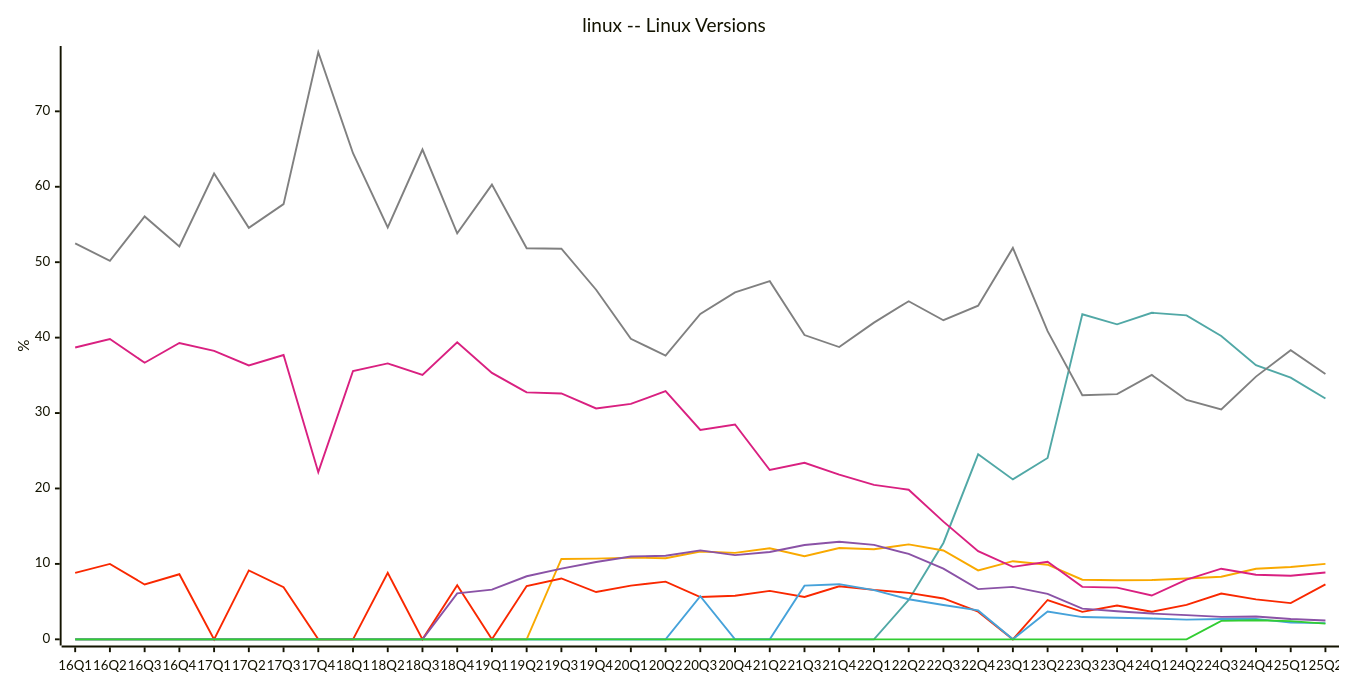
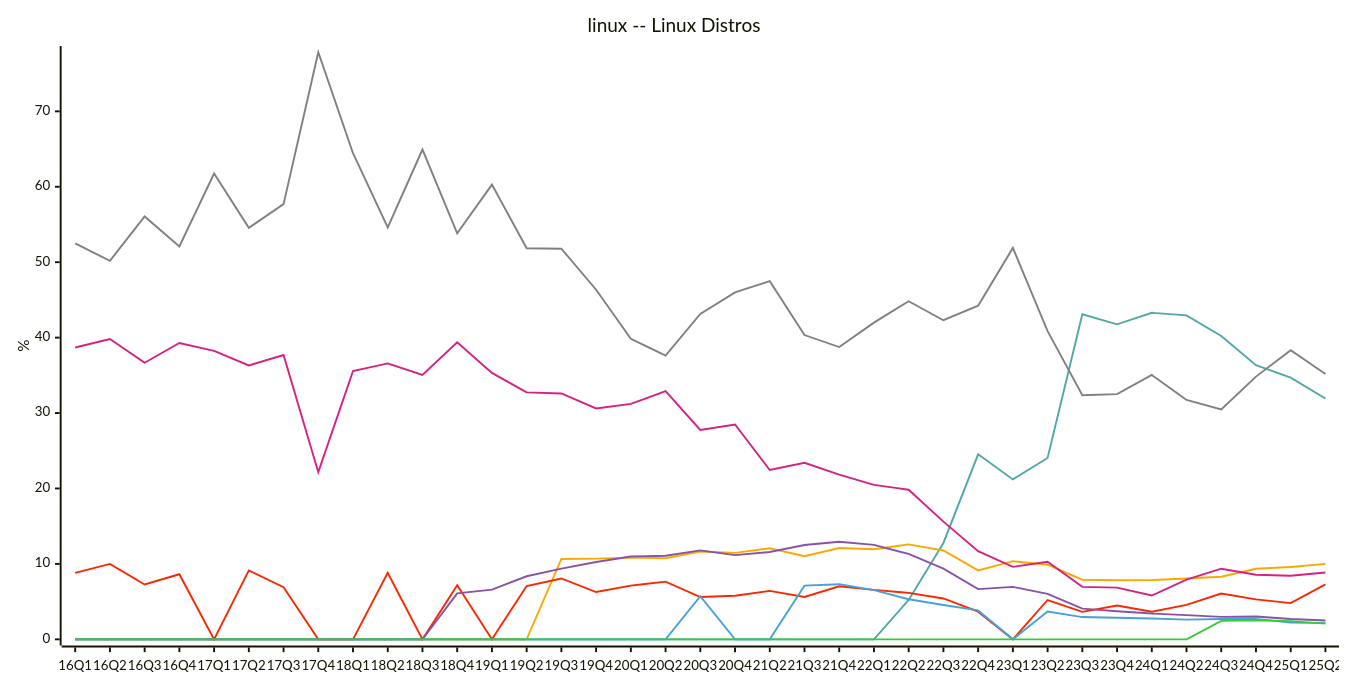
Diagram 11 of 19 in README.md (jdegene/steamHWsurvey), drawn with Mermaid before and after one commit. The commit also changed other lines of this file and 1 other file, not shown here.

````diff
--- a/README.md
+++ b/README.md
@@ -354,26 +355,26 @@
 ```mermaid
 ---
 config:
     xyChart:
         width: 1400
         height: 700
         
     themeVariables:
         xyChart:
             plotColorPalette: "#51a8a6,#f9a900,#f92800,#d92080,#8a52a6,#46a2da,#32CD32,#808080"
 
 --- 
 
 xychart-beta
-    title "linux -- Linux Versions"
+    title "linux -- Linux Distros"
     x-axis [16Q1, 16Q2, 16Q3, 16Q4, 17Q1, 17Q2, 17Q3, 17Q4, 18Q1, 18Q2, 18Q3, 18Q4, 19Q1, 19Q2, 19Q3, 19Q4, 20Q1, 20Q2, 20Q3, 20Q4, 21Q2, 21Q3, 21Q4, 22Q1, 22Q2, 22Q3, 22Q4, 23Q1, 23Q2, 23Q3, 23Q4, 24Q1, 24Q2, 24Q3, 24Q4, 25Q1, 25Q2]
     y-axis "%" 
     line [0, 0, 0, 0, 0, 0, 0, 0, 0, 0, 0, 0, 0, 0, 0, 0, 0, 0, 0, 0, 0, 0, 0, 0, 5.2299999999999995, 12.776666666666667, 24.525, 21.2, 24.044999999999998, 43.096666666666664, 41.76, 43.29666666666667, 42.946666666666665, 40.216666666666676, 36.336666666666666, 34.69333333333333, 31.923333333333332]
     line [0, 0, 0, 0, 0, 0, 0, 0, 0, 0, 0, 0, 0, 0, 10.65, 10.703333333333333, 10.835, 10.756666666666666, 11.645, 11.46, 12.079999999999998, 11.023333333333333, 12.11, 11.940000000000001, 12.585, 11.776666666666667, 9.14, 10.36, 9.89, 7.903333333333333, 7.830000000000001, 7.856666666666667, 8.073333333333334, 8.29, 9.36, 9.596666666666666, 10.010000000000002]
     line [8.799999999999999, 10.0, 7.2666666666666675, 8.63, 0, 9.133333333333333, 6.909999999999999, 0, 0, 8.806666666666667, 0, 7.17, 0, 7.063333333333334, 8.07, 6.2700000000000005, 7.124999999999999, 7.6433333333333335, 5.609999999999999, 5.779999999999999, 6.420000000000001, 5.62, 7.04, 6.550000000000001, 6.165, 5.415, 3.6700000000000004, 0, 5.215, 3.6399999999999997, 4.475, 3.6533333333333333, 4.573333333333332, 6.073333333333333, 5.3, 4.796666666666667, 7.286666666666668]
     line [38.695, 39.82, 36.669999999999995, 39.28333333333334, 38.24, 36.31999999999999, 37.696666666666665, 22.163333333333334, 35.56666666666666, 36.57666666666666, 35.06, 39.36666666666667, 35.32666666666667, 32.733333333333334, 32.59666666666667, 30.606666666666666, 31.210000000000004, 32.906666666666666, 27.755000000000003, 28.485, 22.45, 23.4, 21.84, 20.47, 19.835, 15.6, 11.695, 9.610000000000001, 10.280000000000001, 6.959999999999999, 6.855, 5.8100000000000005, 7.923333333333334, 9.363333333333335, 8.556666666666667, 8.436666666666666, 8.866666666666667]
     line [0, 0, 0, 0, 0, 0, 0, 0, 0, 0, 0, 6.09, 6.595000000000001, 8.363333333333333, 9.370000000000001, 10.25, 10.985, 11.080000000000002, 11.795, 11.165, 11.58, 12.503333333333334, 12.94, 12.520000000000001, 11.32, 9.376666666666667, 6.659999999999999, 6.950000000000001, 6.0200000000000005, 4.0633333333333335, 3.7150000000000003, 3.416666666666667, 3.2133333333333334, 2.9733333333333336, 3.0166666666666666, 2.6950000000000003, 2.5]
     line [0, 0, 0, 0, 0, 0, 0, 0, 0, 0, 0, 0, 0, 0, 0, 0, 0, 0, 5.72, 0, 0, 7.116666666666667, 7.31, 6.52, 5.319999999999999, 4.556666666666667, 3.83, 0, 3.695, 2.9499999999999997, 2.855, 2.76, 2.61, 2.6950000000000003, 2.7066666666666666, 2.21, 2.1533333333333333]
     line [0, 0, 0, 0, 0, 0, 0, 0, 0, 0, 0, 0, 0, 0, 0, 0, 0, 0, 0, 0, 0, 0, 0, 0, 0, 0, 0, 0, 0, 0, 0, 0, 0, 2.44, 2.52, 2.41, 2.08]
     line [52.505, 50.18, 56.06666666666666, 52.083333333333336, 61.760000000000005, 54.55, 57.699999999999996, 77.83666666666666, 64.44333333333333, 54.61666666666667, 64.93666666666667, 53.81999999999999, 60.28333333333333, 51.84000000000001, 51.790000000000006, 46.34666666666667, 39.839999999999996, 37.61666666666667, 43.145, 46.005, 47.48, 40.336666666666666, 38.75, 41.99, 44.82, 42.30666666666667, 44.23, 51.89, 40.849999999999994, 32.37, 32.51, 35.04666666666667, 31.739999999999995, 30.473333333333336, 34.83, 38.33333333333333, 35.17333333333334]
 ``` 
````
